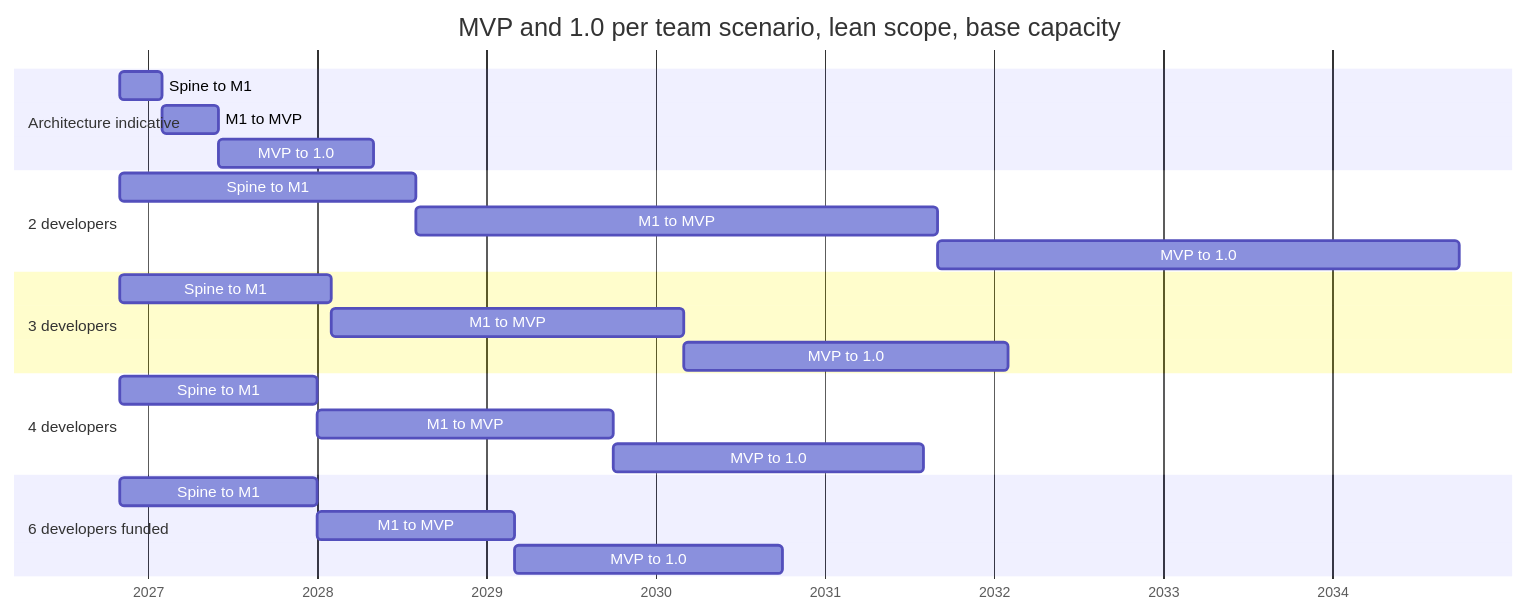
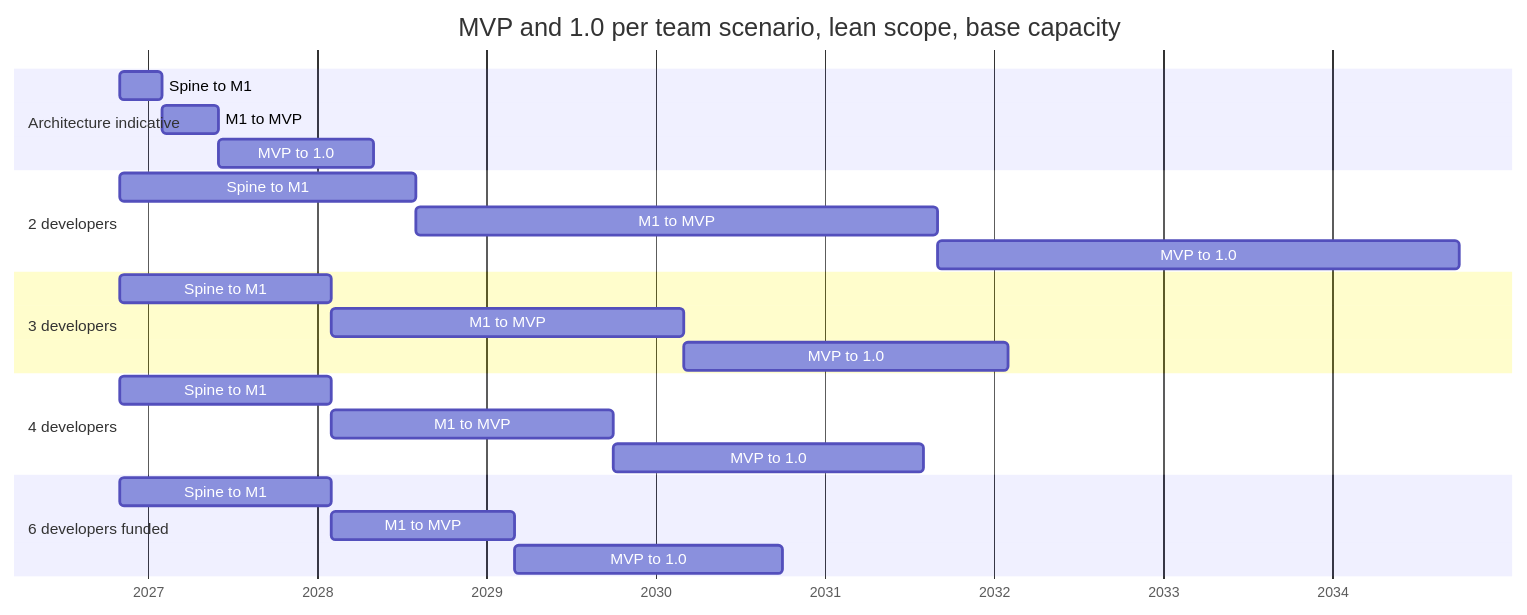
One commit to Ironkode787/ElektraWatt changed the first of 3 diagrams in docs/plan/01-global-plan.md. Above: the diagram before and after it, drawn with Mermaid. The commit also changed other lines of this file and 20 other files, not shown here.

````diff
--- a/docs/plan/01-global-plan.md
+++ b/docs/plan/01-global-plan.md
@@ -267,26 +267,26 @@
 ```mermaid
 gantt
   title MVP and 1.0 per team scenario, lean scope, base capacity
   dateFormat YYYY-MM-DD
   axisFormat %Y
   section Architecture indicative
   Spine to M1         :i1, 2026-11-01, 2027-02-01
   M1 to MVP           :i2, 2027-02-01, 2027-06-01
   MVP to 1.0          :i3, 2027-06-01, 2028-05-01
   section 2 developers
   Spine to M1         :a1, 2026-11-01, 2028-08-01
   M1 to MVP           :a2, 2028-08-01, 2031-09-01
   MVP to 1.0          :a3, 2031-09-01, 2034-10-01
   section 3 developers
   Spine to M1         :b1, 2026-11-01, 2028-02-01
   M1 to MVP           :b2, 2028-02-01, 2030-03-01
   MVP to 1.0          :b3, 2030-03-01, 2032-02-01
   section 4 developers
-  Spine to M1         :c1, 2026-11-01, 2028-01-01
-  M1 to MVP           :c2, 2028-01-01, 2029-10-01
+  Spine to M1         :c1, 2026-11-01, 2028-02-01
+  M1 to MVP           :c2, 2028-02-01, 2029-10-01
   MVP to 1.0          :c3, 2029-10-01, 2031-08-01
   section 6 developers funded
-  Spine to M1         :d1, 2026-11-01, 2028-01-01
-  M1 to MVP           :d2, 2028-01-01, 2029-03-01
+  Spine to M1         :d1, 2026-11-01, 2028-02-01
+  M1 to MVP           :d2, 2028-02-01, 2029-03-01
   MVP to 1.0          :d3, 2029-03-01, 2030-10-01
 ```
````
